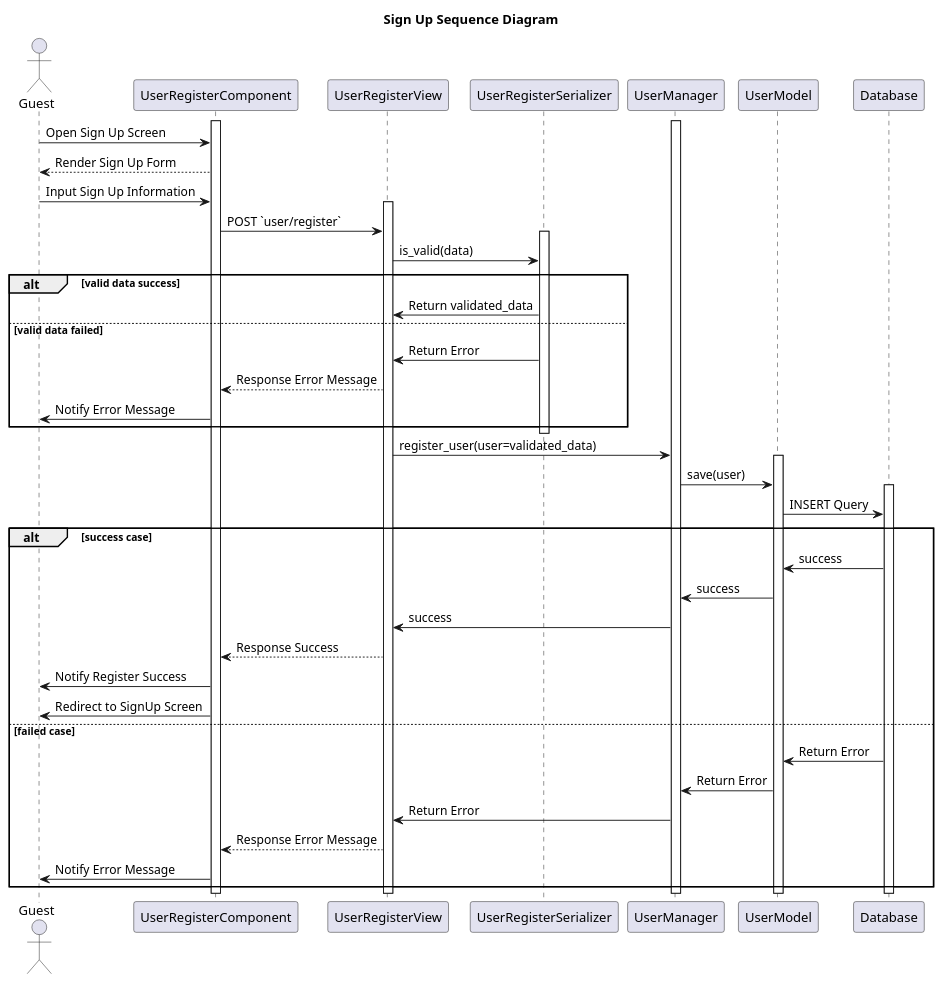
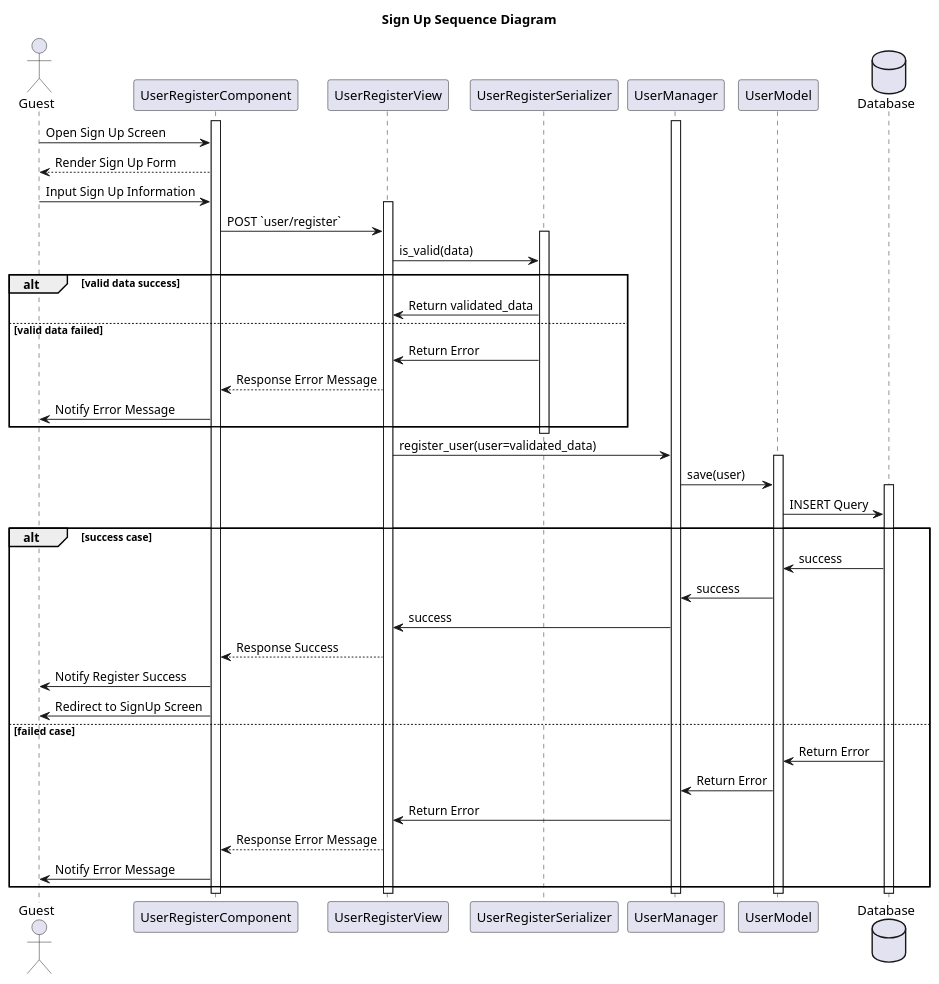
One commit to ljttl3q04t/Book-Over-There changed the diagram in uml/sequence-sign-up.wsd. Above: the diagram before and after it, drawn with PlantUML. The commit also changed 8 other files, not shown here.

```diff
--- a/uml/sequence-sign-up.wsd
+++ b/uml/sequence-sign-up.wsd
@@ -1,45 +1,46 @@
 @startuml
 title Sign Up Sequence Diagram
 actor Guest
 activate UserRegisterComponent
 Guest -> UserRegisterComponent: Open Sign Up Screen
 UserRegisterComponent --> Guest: Render Sign Up Form
 Guest -> UserRegisterComponent: Input Sign Up Information
 activate UserRegisterView
 UserRegisterComponent -> UserRegisterView: POST `user/register`
 activate UserRegisterSerializer
 UserRegisterView -> UserRegisterSerializer: is_valid(data)
 alt valid data success
 	UserRegisterSerializer -> UserRegisterView: Return validated_data
 else valid data failed
    UserRegisterSerializer -> UserRegisterView: Return Error
    UserRegisterView --> UserRegisterComponent: Response Error Message
 	 UserRegisterComponent -> Guest: Notify Error Message
 end
 deactivate UserRegisterSerializer
 activate UserManager
 UserRegisterView -> UserManager: register_user(user=validated_data)
 activate UserModel
 UserManager -> UserModel: save(user)
+database Database
 activate Database
 UserModel -> Database: INSERT Query
 alt success case
     Database -> UserModel: success
 	UserModel -> UserManager: success
 	UserManager -> UserRegisterView: success
 	UserRegisterView --> UserRegisterComponent: Response Success
 	UserRegisterComponent -> Guest: Notify Register Success
 	UserRegisterComponent -> Guest: Redirect to SignUp Screen
 else failed case
 	Database -> UserModel: Return Error
     UserModel -> UserManager: Return Error
 	UserManager -> UserRegisterView: Return Error
 	UserRegisterView --> UserRegisterComponent: Response Error Message
 	UserRegisterComponent -> Guest: Notify Error Message
 end
 deactivate Database
 deactivate UserModel
 deactivate UserManager
 deactivate UserRegisterView
 deactivate UserRegisterComponent
 @enduml
```
